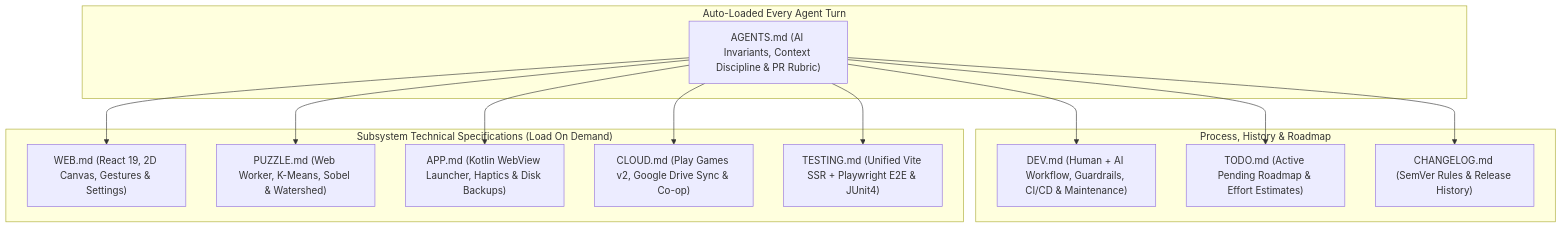
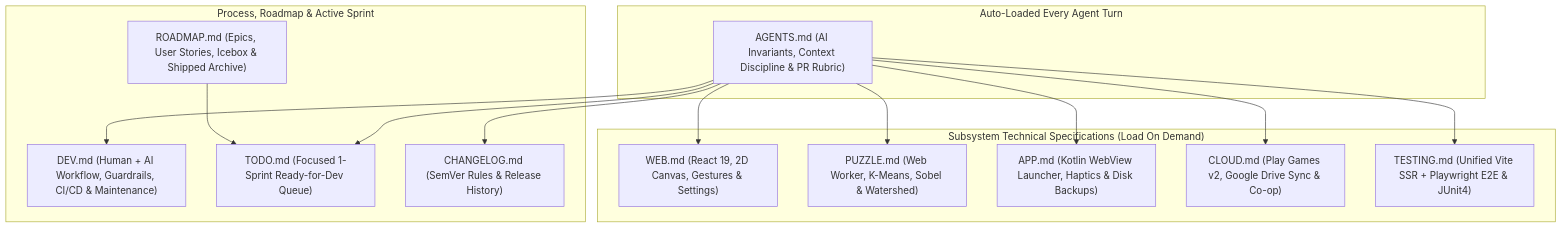
The diagram in DEV.md (shthed/capy), drawn with Mermaid before and after one commit. The commit also changed other lines of this file and 10 other files, not shown here.

First line of the commit message:
Add ROADMAP.md, rationalize Sprint 1 TODO.md, and document Gemini 4 sprint workflows (#473)

````diff
--- a/DEV.md
+++ b/DEV.md
@@ -27,29 +27,31 @@
 ```mermaid
 flowchart TD
     subgraph AutoLoaded["Auto-Loaded Every Agent Turn"]
         AGENTS["AGENTS.md (AI Invariants, Context Discipline & PR Rubric)"]
     end
 
-    subgraph ProcessAndRoadmap["Process, History & Roadmap"]
+    subgraph ProcessAndRoadmap["Process, Roadmap & Active Sprint"]
         DEV["DEV.md (Human + AI Workflow, Guardrails, CI/CD & Maintenance)"]
-        TODO["TODO.md (Active Pending Roadmap & Effort Estimates)"]
+        ROADMAP["ROADMAP.md (Epics, User Stories, Icebox & Shipped Archive)"]
+        TODO["TODO.md (Focused 1-Sprint Ready-for-Dev Queue)"]
         CHANGELOG["CHANGELOG.md (SemVer Rules & Release History)"]
     end
 
     subgraph SubsystemSpecs["Subsystem Technical Specifications (Load On Demand)"]
         WEB["WEB.md (React 19, 2D Canvas, Gestures & Settings)"]
         PUZZLE["PUZZLE.md (Web Worker, K-Means, Sobel & Watershed)"]
         APP["APP.md (Kotlin WebView Launcher, Haptics & Disk Backups)"]
         CLOUD["CLOUD.md (Play Games v2, Google Drive Sync & Co-op)"]
         TESTING["TESTING.md (Unified Vite SSR + Playwright E2E & JUnit4)"]
     end
 
     AGENTS --> DEV
+    ROADMAP --> TODO
     AGENTS --> TODO
     AGENTS --> CHANGELOG
     AGENTS --> WEB
     AGENTS --> PUZZLE
     AGENTS --> APP
     AGENTS --> CLOUD
     AGENTS --> TESTING
 ```
````
